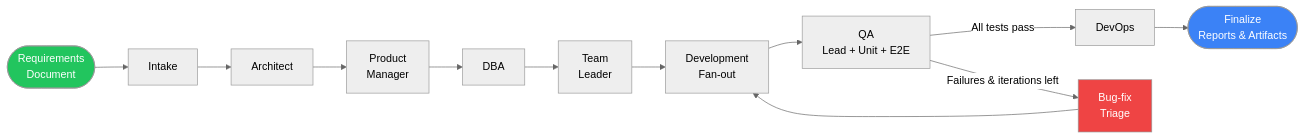
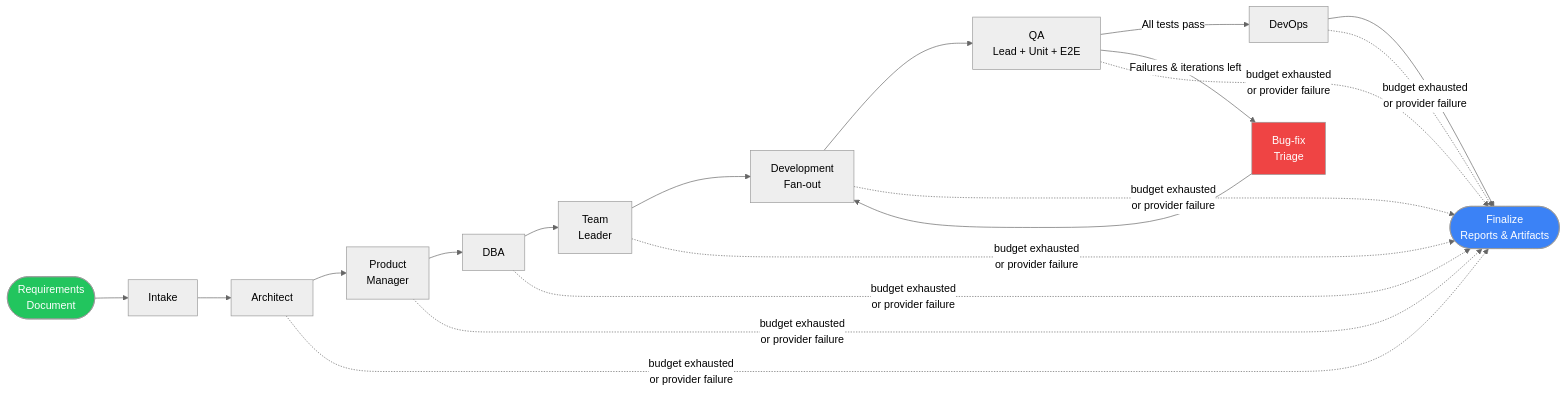
One commit to ErezKon/AgenticDevTeam changed the second of 9 diagrams in README.md. Above: the diagram before and after it, drawn with Mermaid (neutral theme). The commit also changed other lines of this file and 21 other files, not shown here.

````diff
--- a/README.md
+++ b/README.md
@@ -134,18 +134,19 @@
 ```mermaid
 flowchart LR
     START([Requirements<br/>Document]) --> INTAKE[Intake]
     INTAKE --> ARCH[Architect]
     ARCH --> PM[Product<br/>Manager]
     PM --> DBA[DBA]
     DBA --> TL[Team<br/>Leader]
     TL --> DEV[Development<br/>Fan-out]
     DEV --> QA[QA<br/>Lead + Unit + E2E]
     QA -->|All tests pass| DEVOPS[DevOps]
     QA -->|Failures & iterations left| BUG[Bug-fix<br/>Triage]
     BUG --> DEV
     DEVOPS --> FIN([Finalize<br/>Reports & Artifacts])
+    ARCH & PM & DBA & TL & DEV & QA & DEVOPS -.->|budget exhausted<br/>or provider failure| FIN
 
     style START fill:#22c55e,color:#fff
     style FIN fill:#3b82f6,color:#fff
     style BUG fill:#ef4444,color:#fff
 ```
````
